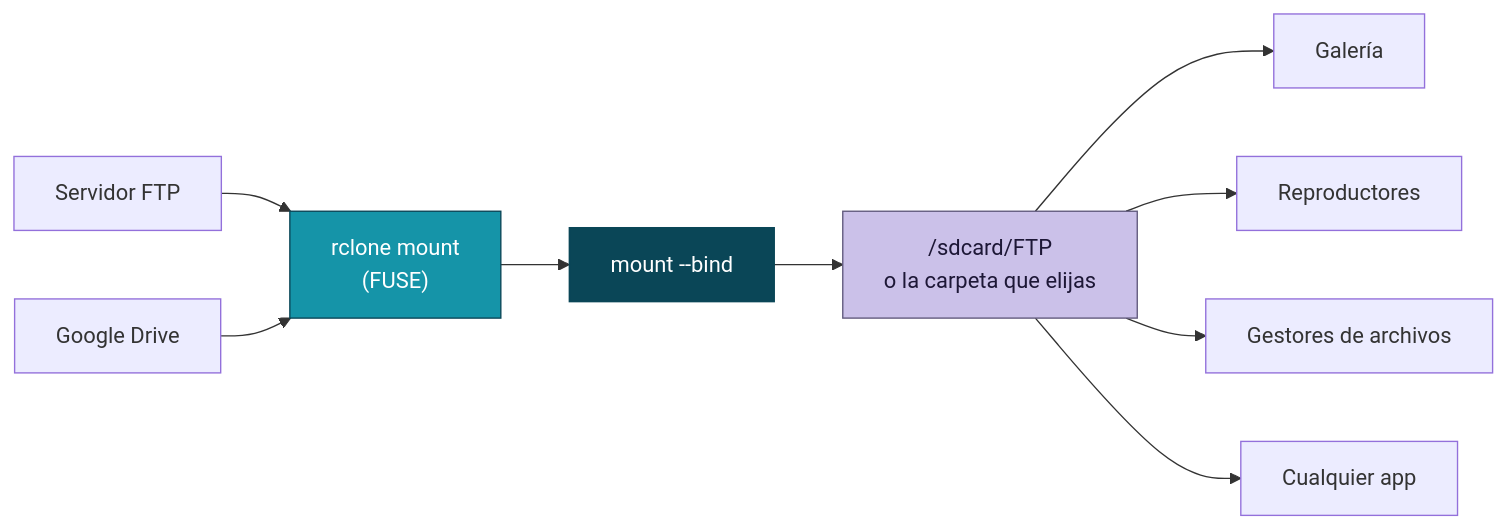
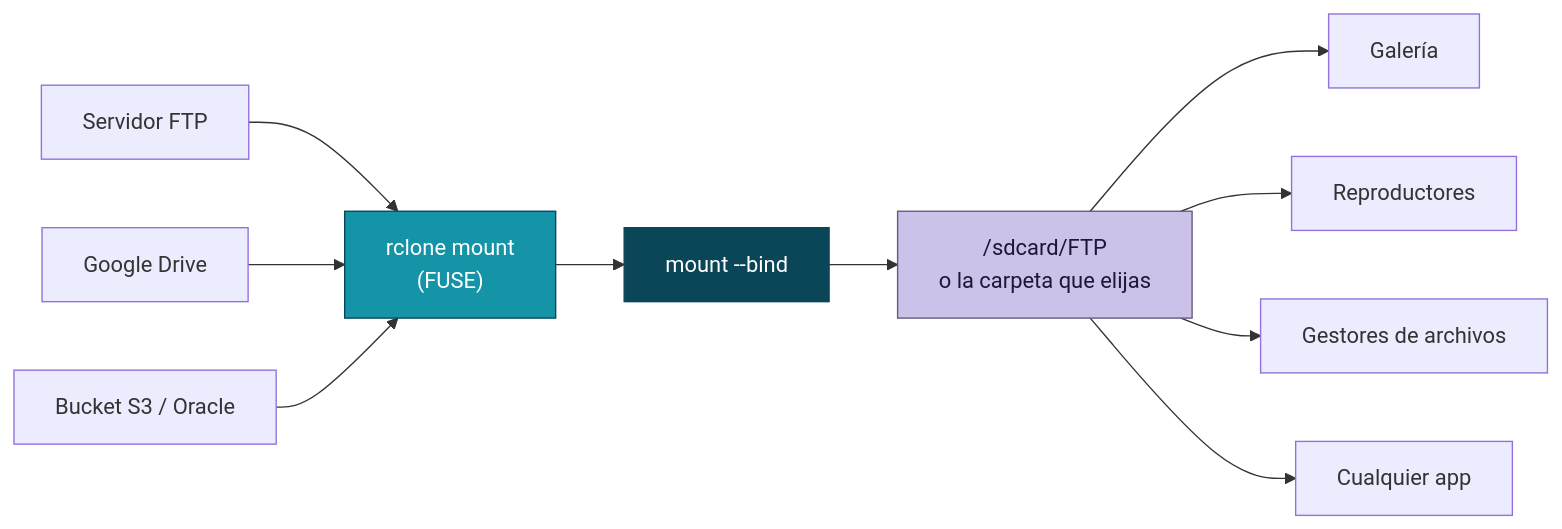
Before and after one commit to jpmorales9038-ai/ftp_bind_project: the first of 2 diagrams in README.md, drawn with Mermaid. The commit also changed other lines of this file and 12 other files, not shown here.

````diff
--- a/README.md
+++ b/README.md
@@ -28,15 +28,16 @@
 ```mermaid
 flowchart LR
     A["Servidor FTP"] --> R
     B["Google Drive"] --> R
+    S["Bucket S3 / Oracle"] --> R
     R["rclone mount<br/>(FUSE)"] --> M["mount --bind"]
     M --> C["/sdcard/FTP<br/>o la carpeta que elijas"]
     C --> D["Galería"]
     C --> E["Reproductores"]
     C --> F["Gestores de archivos"]
     C --> G["Cualquier app"]
 
     style R fill:#1594A8,color:#fff,stroke:#0A4657
     style M fill:#0A4657,color:#fff,stroke:#0A4657
     style C fill:#CBC1E9,color:#1D1736,stroke:#615A7D
 ```
````
